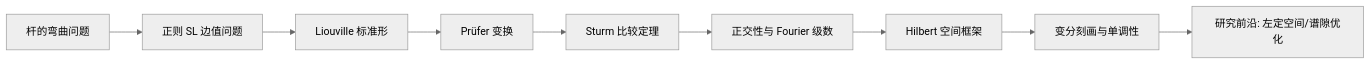
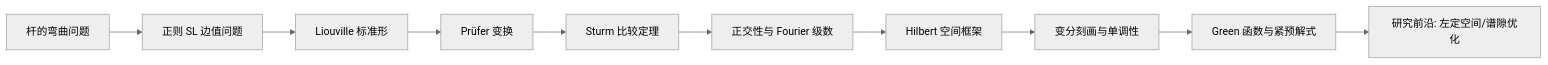
The diagram in SL谱理论/讲义/00_SL谱理论讲义总览.md (xsoc1/math-notes), drawn with Mermaid (neutral theme) before and after one commit. The commit also changed other lines of this file and 13 other files, not shown here.

````diff
--- a/SL谱理论/讲义/00_SL谱理论讲义总览.md
+++ b/SL谱理论/讲义/00_SL谱理论讲义总览.md
@@ -25,11 +27,12 @@
 ```mermaid
 graph LR
     A[杆的弯曲问题] --> B[正则 SL 边值问题]
     B --> C[Liouville 标准形]
     C --> D[Prüfer 变换]
     D --> E[Sturm 比较定理]
     E --> F[正交性与 Fourier 级数]
     F --> G[Hilbert 空间框架]
     G --> H[变分刻画与单调性]
-    H --> I[研究前沿: 左定空间/谱隙优化]
+    H --> I[Green 函数与紧预解式]
+    I --> J[研究前沿: 左定空间/谱隙优化]
 ```
````
